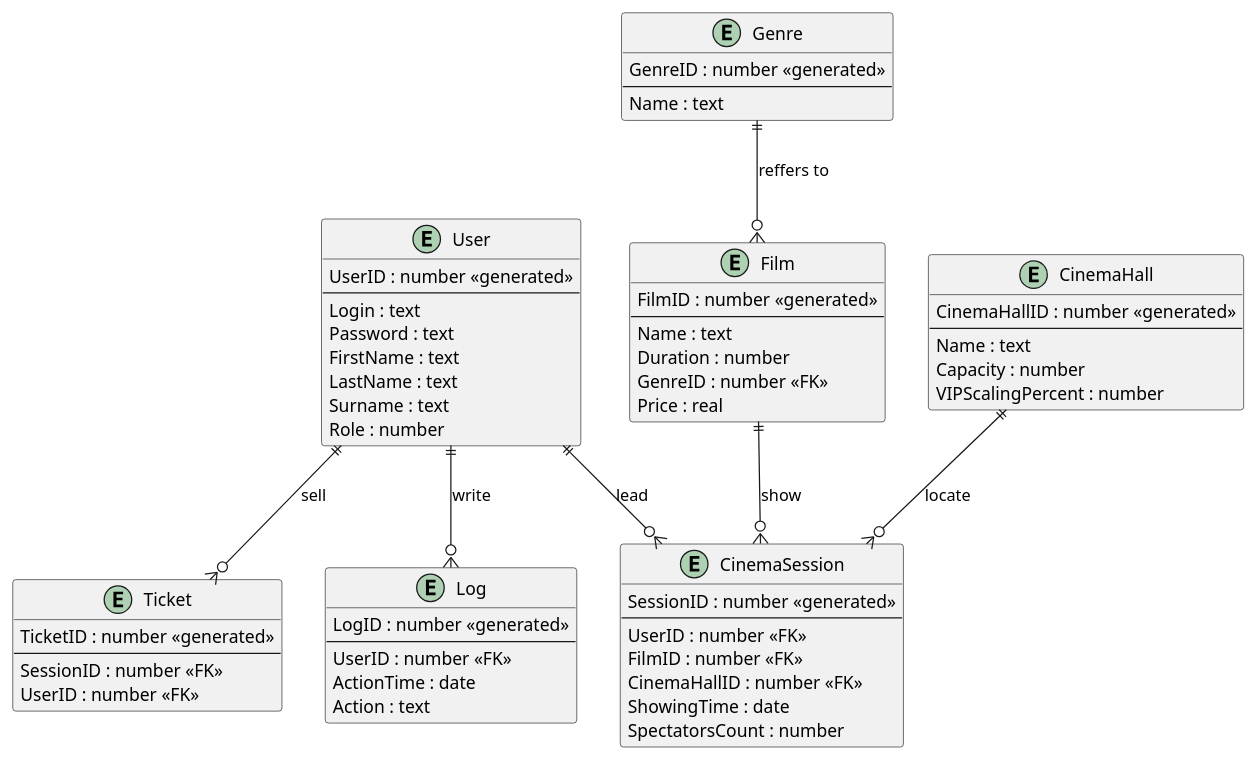
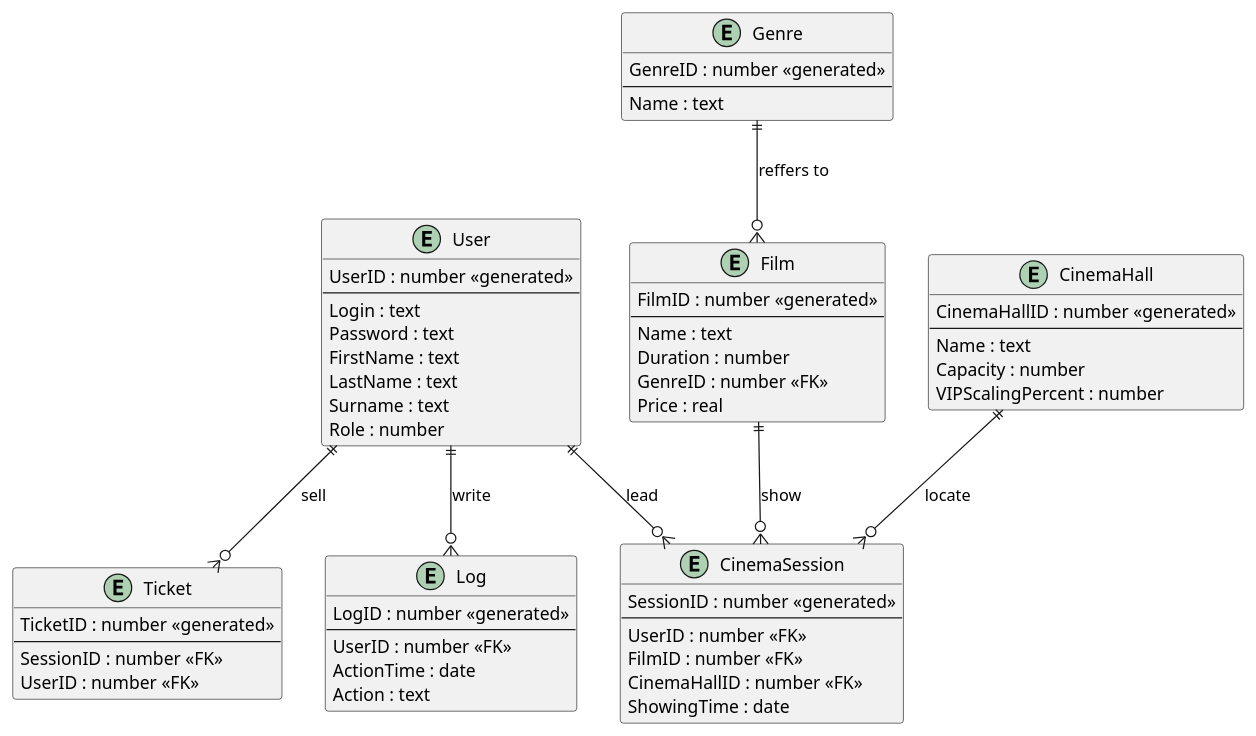
Before and after one commit to denden1s/CineMaster: the diagram in doc/ER_model.puml, drawn with PlantUML. The commit also changed 3 other files, not shown here.

Commit message:
feat: finish with diagrams

```diff
--- a/doc/ER_model.puml
+++ b/doc/ER_model.puml
@@ -1,86 +1,85 @@
 @startuml
 
 entity User {
   UserID : number <<generated>>
   --
   Login : text
   Password : text
   FirstName : text
   LastName : text
   Surname : text
   Role : number
 }
 
 entity CinemaSession {
   SessionID : number <<generated>>
   --
   UserID : number <<FK>>
   FilmID : number <<FK>>
   CinemaHallID : number <<FK>>
   ShowingTime : date
-  SpectatorsCount : number
 }
 
 entity Film {
   FilmID : number <<generated>>
   --
   Name : text
   Duration : number
   GenreID : number <<FK>>
   Price : real
 }
 
 entity Genre {
   GenreID : number <<generated>>
   --
   Name : text
 }
 
 entity Ticket {
   TicketID : number <<generated>>
   --
   SessionID : number <<FK>>
   UserID : number <<FK>>
 }
 
 entity CinemaHall {
   CinemaHallID : number <<generated>>
   --
   Name : text
   Capacity : number
   VIPScalingPercent : number
 }
 
 entity Log {
   LogID : number <<generated>>
   --
   UserID : number <<FK>>
   ActionTime : date
   Action : text
 }
 
 ' User sell many tickets
 ' Tickets can be sold by one user
 User ||--o{ Ticket : sell
 
 ' Log was writen by concrete user
 ' Many users write log
 User ||--o{ Log : write
 
 ' Film can be showed on many sessions
 ' Concrete session show concrete film
 Film ||--o{ CinemaSession : show
 
 ' User lead many cinema sessions
 ' Cinema sessions can be lead by one user
 User ||--o{ CinemaSession : lead
 
 ' Cinema hall can locate many cinema sessions
 ' Cinema session locate in concrete hall
 CinemaHall ||--o{ CinemaSession : locate
 
 ' Concrete genre can have many films
 ' Film reffers to concrete genre
 Genre ||--o{ Film : reffers to
 
 @endtuml
```
